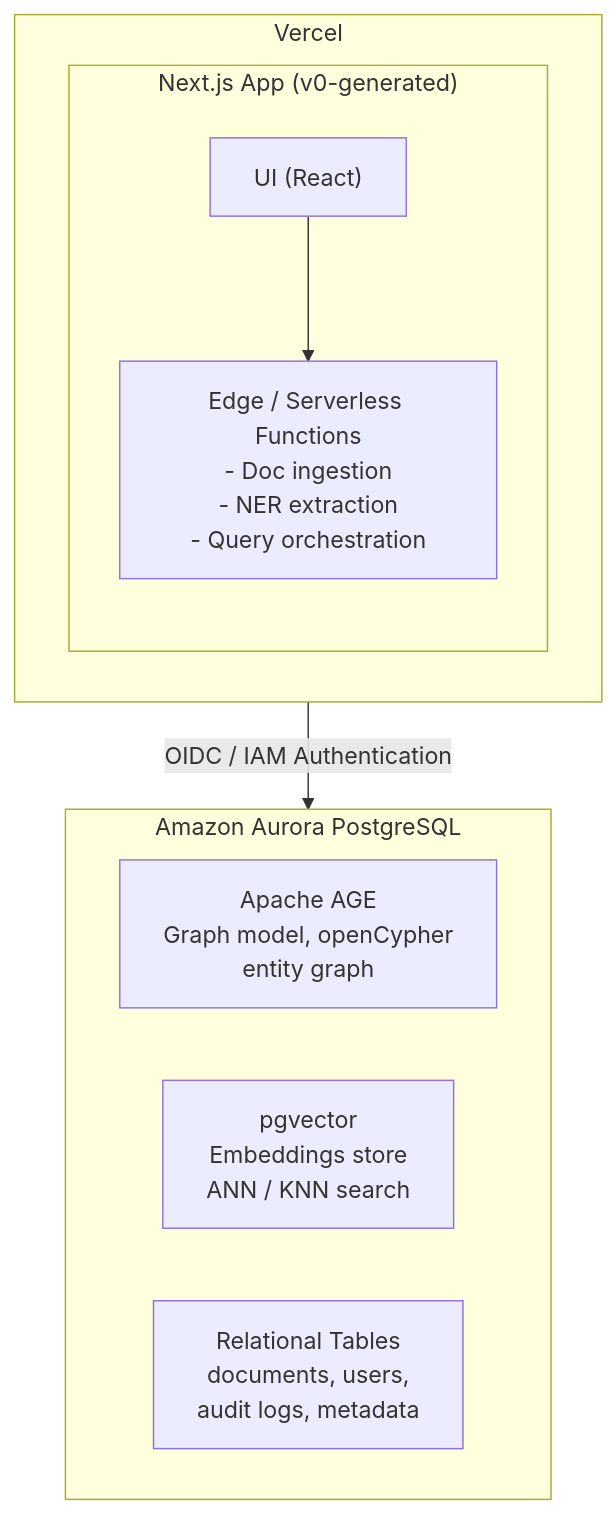
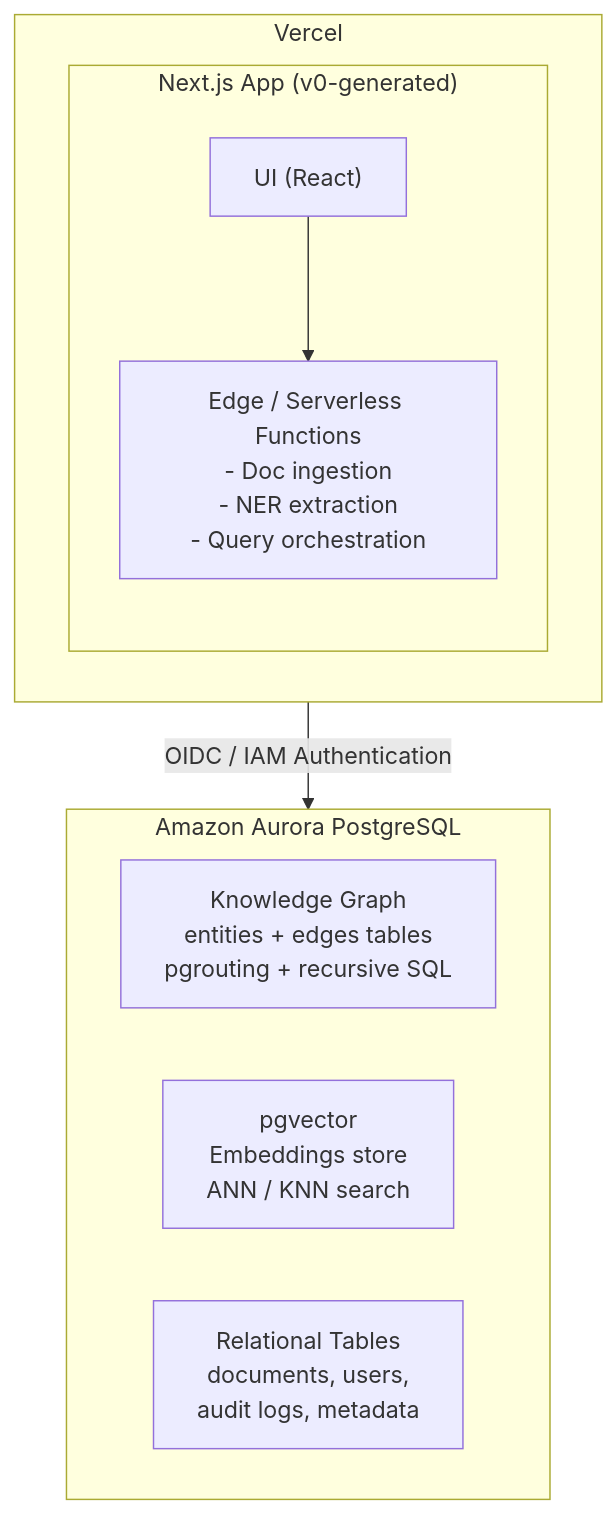
The second of 2 diagrams in README.md (the-khiem7/EnterpriseIQ), drawn with Mermaid before and after one commit. The commit also changed other lines of this file and 3 other files, not shown here.

````diff
--- a/README.md
+++ b/README.md
@@ -54,18 +54,18 @@
 ```mermaid
 flowchart TD
   subgraph Vercel["Vercel"]
     subgraph NextApp["Next.js App (v0-generated)"]
       UI["UI (React)"]
       Edge["Edge / Serverless Functions<br/>- Doc ingestion<br/>- NER extraction<br/>- Query orchestration"]
     end
   end
 
   subgraph Aurora["Amazon Aurora PostgreSQL"]
-    AGE["Apache AGE<br/>Graph model, openCypher<br/>entity graph"]
+    GRAPH["Knowledge Graph<br/>entities + edges tables<br/>pgrouting + recursive SQL"]
     VEC["pgvector<br/>Embeddings store<br/>ANN / KNN search"]
     REL["Relational Tables<br/>documents, users,<br/>audit logs, metadata"]
   end
 
   Vercel -->|OIDC / IAM Authentication| Aurora
   UI --> Edge
 ```
````
